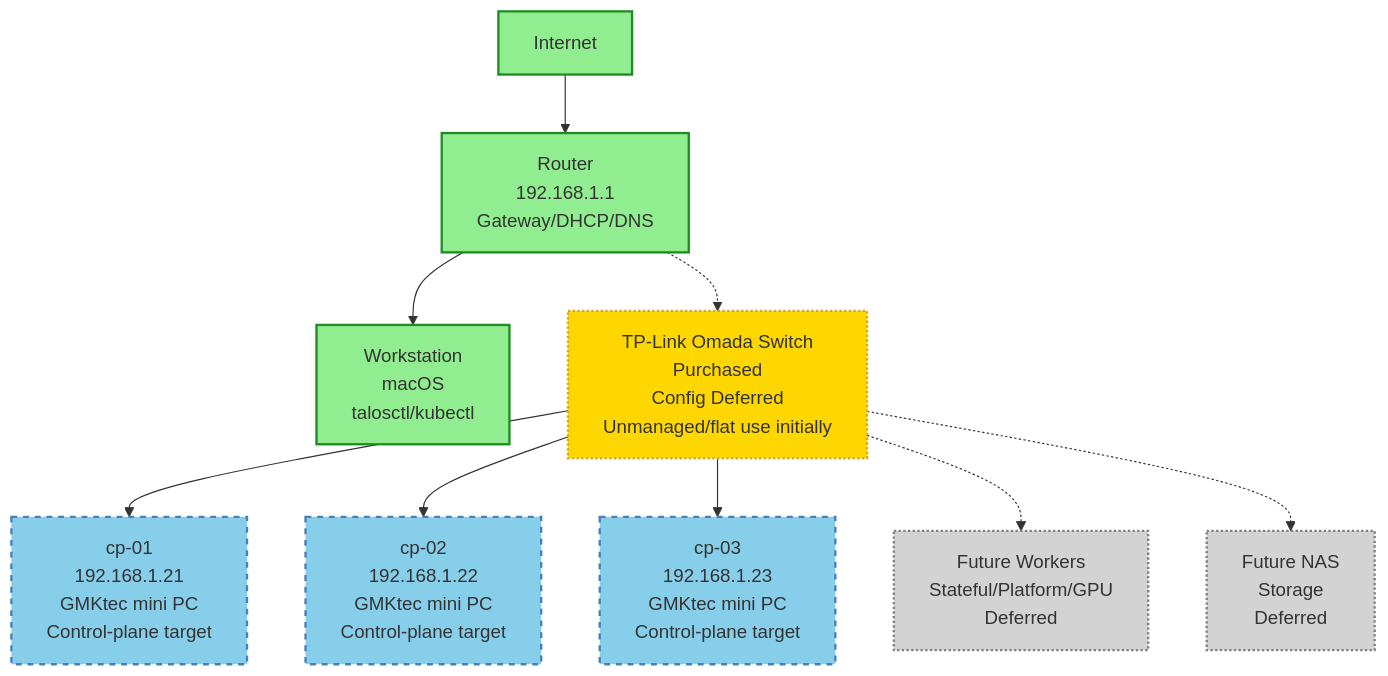
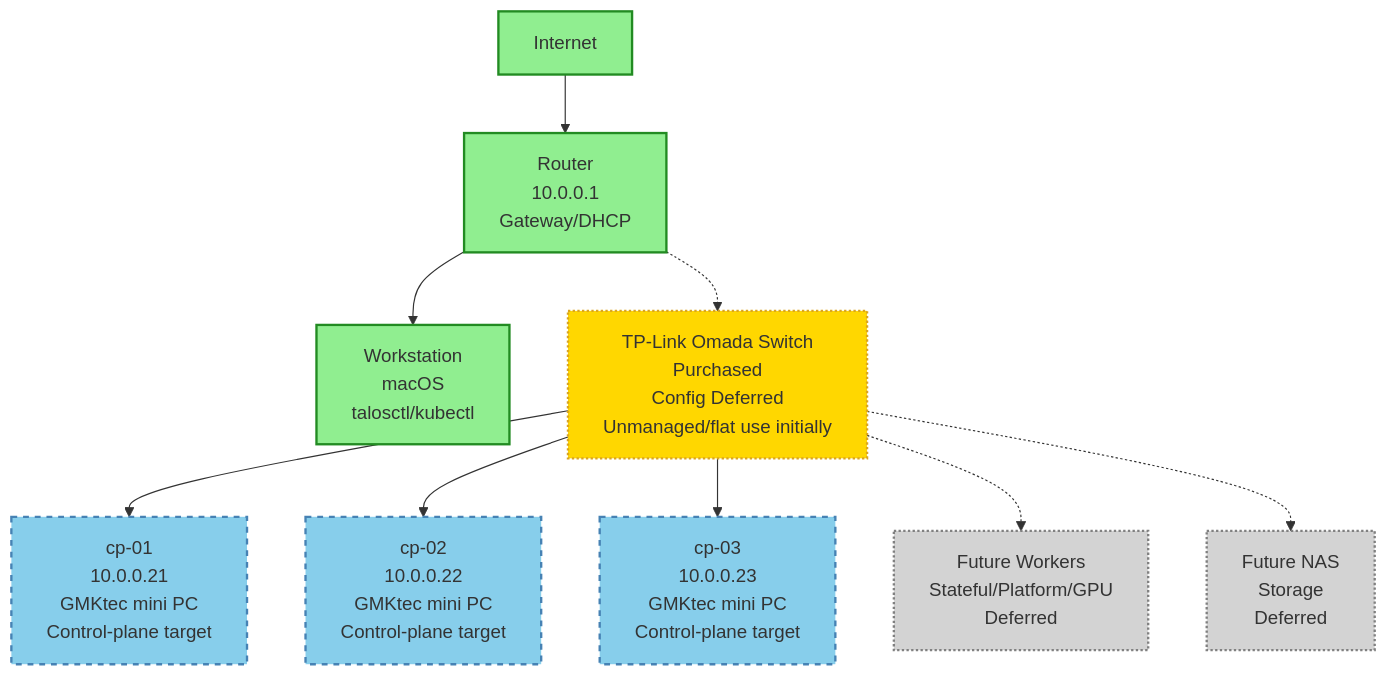
Before and after one commit to Okja-Engineering/home-lab: the diagram in diagrams/physical-topology.md, drawn with Mermaid. The commit also changed other lines of this file and 12 other files, not shown here.

````diff
--- a/diagrams/physical-topology.md
+++ b/diagrams/physical-topology.md
@@ -12,31 +12,31 @@
 ```mermaid
 graph TB
     Internet[Internet]
-    Router[Router<br/>192.168.1.1<br/>Gateway/DHCP/DNS]
+    Router[Router<br/>10.0.0.1<br/>Gateway/DHCP]
     Workstation[Workstation<br/>macOS<br/>talosctl/kubectl]
     Switch[TP-Link Omada Switch<br/>Purchased<br/>Config Deferred<br/>Unmanaged/flat use initially]
-    cp01[cp-01<br/>192.168.1.21<br/>GMKtec mini PC<br/>Control-plane target]
-    cp02[cp-02<br/>192.168.1.22<br/>GMKtec mini PC<br/>Control-plane target]
-    cp03[cp-03<br/>192.168.1.23<br/>GMKtec mini PC<br/>Control-plane target]
+    cp01[cp-01<br/>10.0.0.21<br/>GMKtec mini PC<br/>Control-plane target]
+    cp02[cp-02<br/>10.0.0.22<br/>GMKtec mini PC<br/>Control-plane target]
+    cp03[cp-03<br/>10.0.0.23<br/>GMKtec mini PC<br/>Control-plane target]
     FutureWorkers[Future Workers<br/>Stateful/Platform/GPU<br/>Deferred]
     FutureNAS[Future NAS<br/>Storage<br/>Deferred]
 
     Internet --> Router
     Router --> Workstation
     Router -.-> Switch
     Switch --> cp01
     Switch --> cp02
     Switch --> cp03
     Switch -.-> FutureWorkers
     Switch -.-> FutureNAS
 
     classDef current fill:#90EE90,stroke:#228B22,stroke-width:2px
     classDef target fill:#87CEEB,stroke:#4682B4,stroke-width:2px,stroke-dasharray: 5 5
     classDef deferred fill:#FFD700,stroke:#DAA520,stroke-width:2px,stroke-dasharray: 2 2
     classDef future fill:#D3D3D3,stroke:#808080,stroke-width:2px,stroke-dasharray: 2 2
 
     class Internet,Router,Workstation current
     class cp01,cp02,cp03 target
     class Switch deferred
     class FutureWorkers,FutureNAS future
 ```
````
